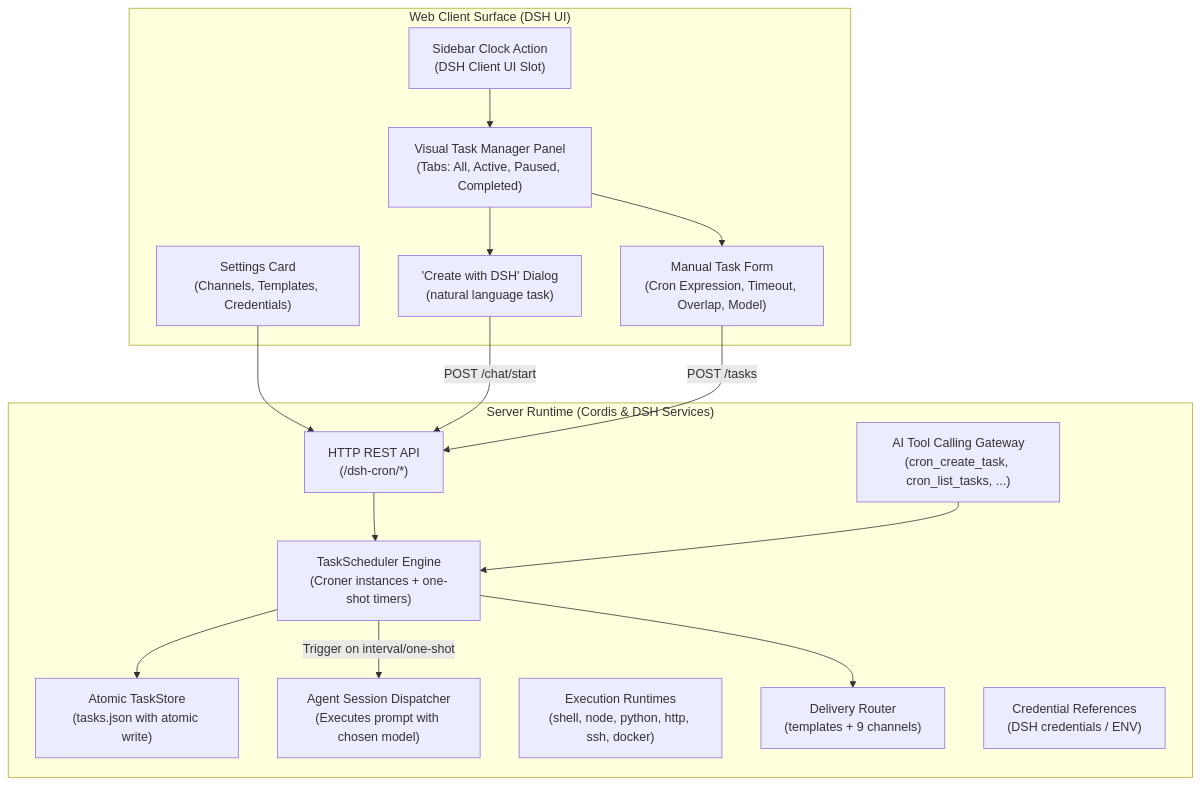
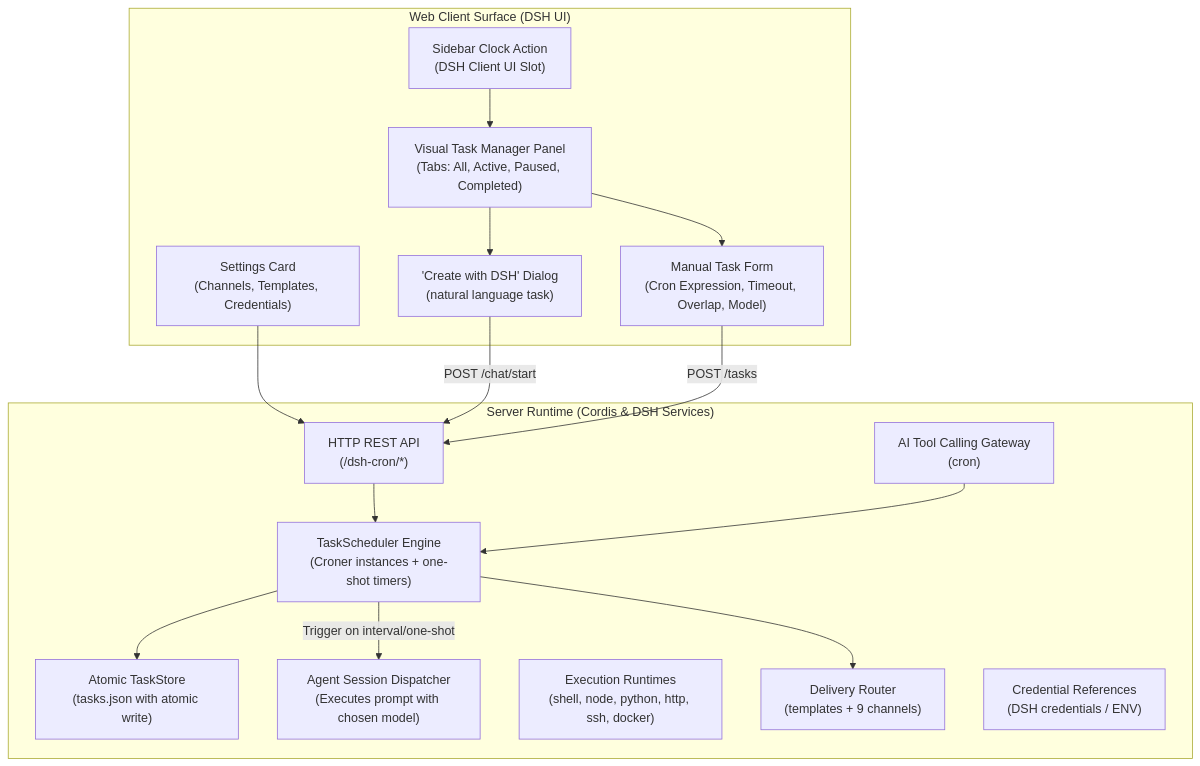
The diagram in README.md (GooDAnDReaDY/dsh-cron), drawn with Mermaid before and after one commit. The commit also changed other lines of this file and 10 other files, not shown here.

````diff
--- a/README.md
+++ b/README.md
@@ -55,33 +55,33 @@
 ```mermaid
 graph TD
     subgraph Client ["Web Client Surface (DSH UI)"]
         SidebarBtn["Sidebar Clock Action<br/>(DSH Client UI Slot)"]
         Overlay["Visual Task Manager Panel<br/>(Tabs: All, Active, Paused, Completed)"]
         CreateWithDSH["'Create with DSH' Dialog<br/>(natural language task)"]
         ManualForm["Manual Task Form<br/>(Cron Expression, Timeout, Overlap, Model)"]
         SettingsCard["Settings Card<br/>(Channels, Templates, Credentials)"]
     end
 
     subgraph Server ["Server Runtime (Cordis & DSH Services)"]
         HttpRoutes["HTTP REST API<br/>(/dsh-cron/*)"]
-        AgentTools["AI Tool Calling Gateway<br/>(cron_create_task, cron_list_tasks, ...)"]
+        AgentTools["AI Tool Calling Gateway<br/>(cron)"]
         Scheduler["TaskScheduler Engine<br/>(Croner instances + one-shot timers)"]
         Store["Atomic TaskStore<br/>(tasks.json with atomic write)"]
         AgentRunner["Agent Session Dispatcher<br/>(Executes prompt with chosen model)"]
         Runtimes["Execution Runtimes<br/>(shell, node, python, http, ssh, docker)"]
         Notify["Delivery Router<br/>(templates + 9 channels)"]
         Secrets["Credential References<br/>(DSH credentials / ENV)"]
     end
 
     SidebarBtn --> Overlay
     Overlay --> CreateWithDSH
     Overlay --> ManualForm
     SettingsCard --> HttpRoutes
     CreateWithDSH -->|POST /chat/start| HttpRoutes
     ManualForm -->|POST /tasks| HttpRoutes
     HttpRoutes --> Scheduler
     AgentTools --> Scheduler
     Scheduler --> Store
     Scheduler -->|Trigger on interval/one-shot| AgentRunner
     Scheduler --> Notify
 ```
````
